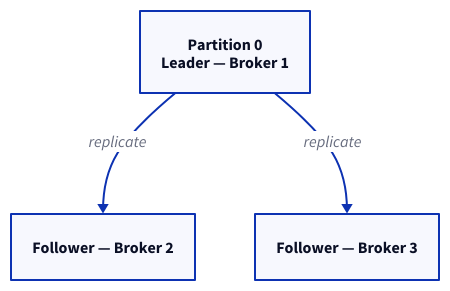
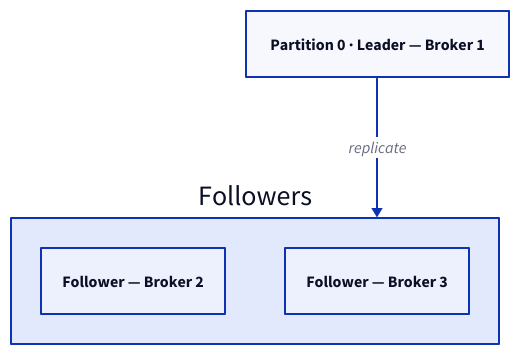
Before and after one commit to g-savitha/gsavitha.in: the sixth of 6 diagrams in src/content/blog/kafka-explained-like-you-are-5.md, drawn with D2. The commit also changed other lines of this file and 16 other files, not shown here.

First line of the commit message:
Fix D2 diagrams: site palette, full-width SVG, restore charts

````diff
--- a/src/content/blog/kafka-explained-like-you-are-5.md
+++ b/src/content/blog/kafka-explained-like-you-are-5.md
@@ -195,8 +205,10 @@
 ```d2
 direction: down
-P: "Partition 0\nLeader — Broker 1" {class: success}
-F1: "Follower — Broker 2" {class: info}
-F2: "Follower — Broker 3" {class: info}
-P -> F1: replicate
-P -> F2: replicate
+P: "Partition 0 · Leader — Broker 1" {class: success}
+followers: "Followers" {
+  direction: down
+  F1: "Follower — Broker 2" {class: info}
+  F2: "Follower — Broker 3" {class: info}
+}
+P -> followers: replicate
 ```
````
